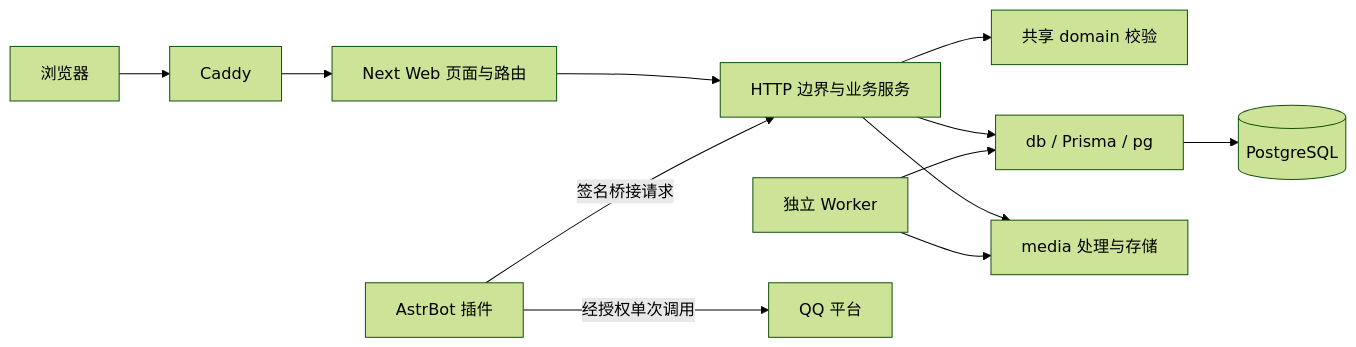
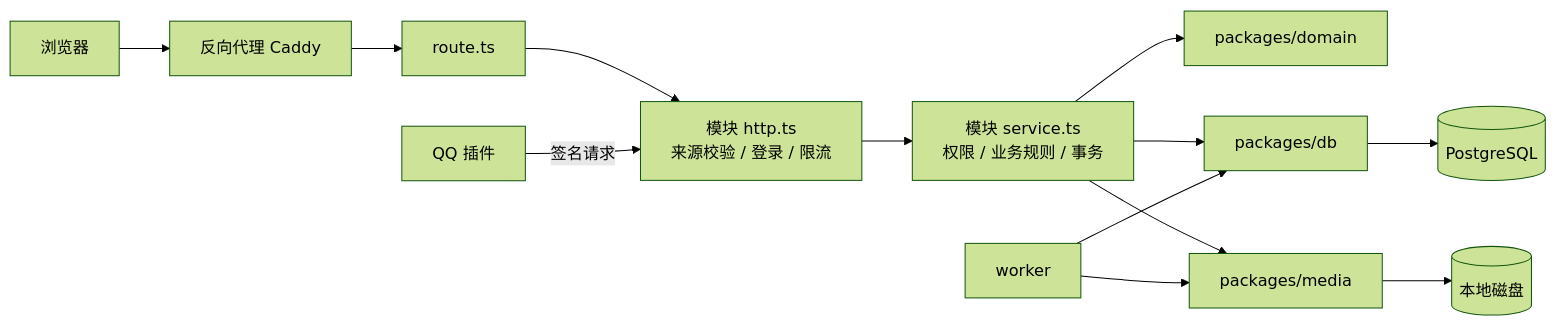
Before and after one commit to BrandonGTS/ArtZoo-FC: the diagram in docs/ARCHITECTURE.md, drawn with Mermaid (forest theme). The commit also changed other lines of this file and 18 other files, not shown here.

````diff
--- a/docs/ARCHITECTURE.md
+++ b/docs/ARCHITECTURE.md
@@ -22,14 +52,13 @@
 ```mermaid
 flowchart LR
-  B[浏览器] --> C[Caddy]
-  C --> W[Next Web 页面与路由]
-  W --> H[HTTP 边界与业务服务]
-  H --> D[共享 domain 校验]
-  H --> P[db / Prisma / pg]
-  P --> G[(PostgreSQL)]
-  H --> M[media 处理与存储]
-  K[独立 Worker] --> P
-  K --> M
-  Q[AstrBot 插件] -->|签名桥接请求| H
-  Q -->|经授权单次调用| QQ[QQ 平台]
+  B[浏览器] --> C[反向代理 Caddy]
+  C --> R[route.ts]
+  R --> H[模块 http.ts<br/>来源校验 / 登录 / 限流]
+  H --> S[模块 service.ts<br/>权限 / 业务规则 / 事务]
+  S --> D[packages/domain]
+  S --> P[packages/db] --> G[(PostgreSQL)]
+  S --> M[packages/media] --> F[(本地磁盘)]
+  W[worker] --> P
+  W --> M
+  Q[QQ 插件] -->|签名请求| H
 ```
````
